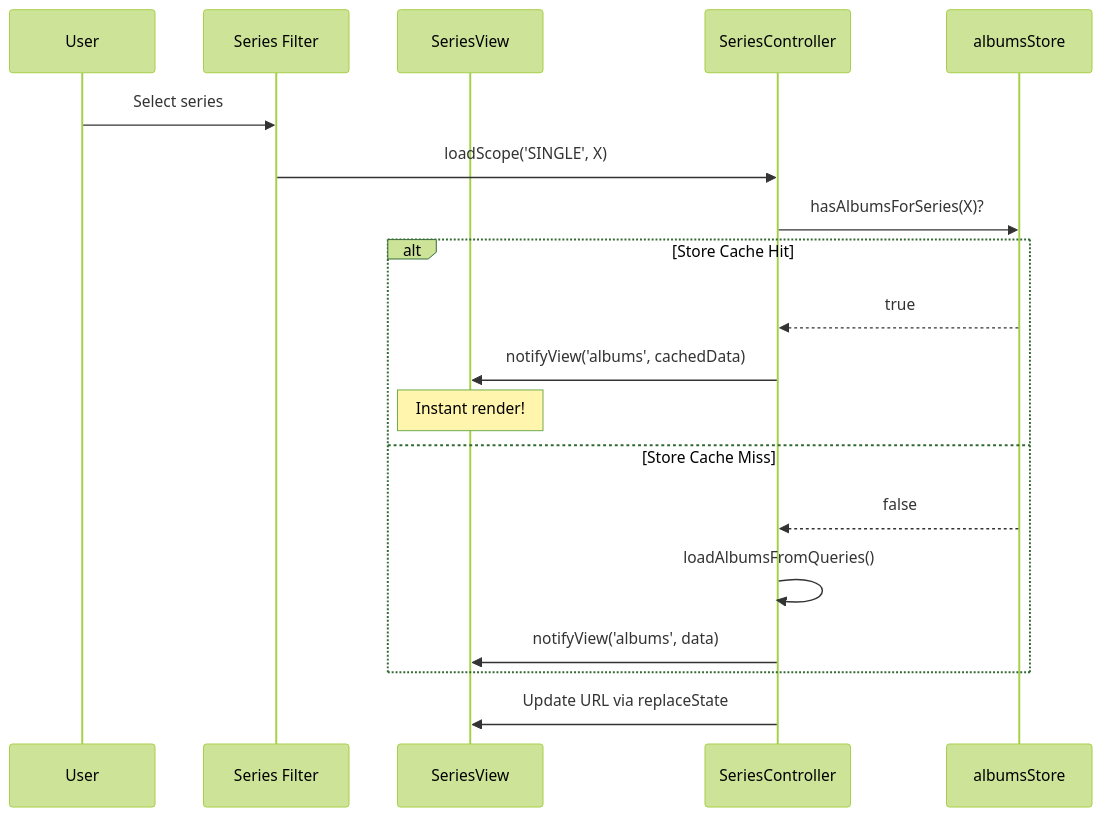
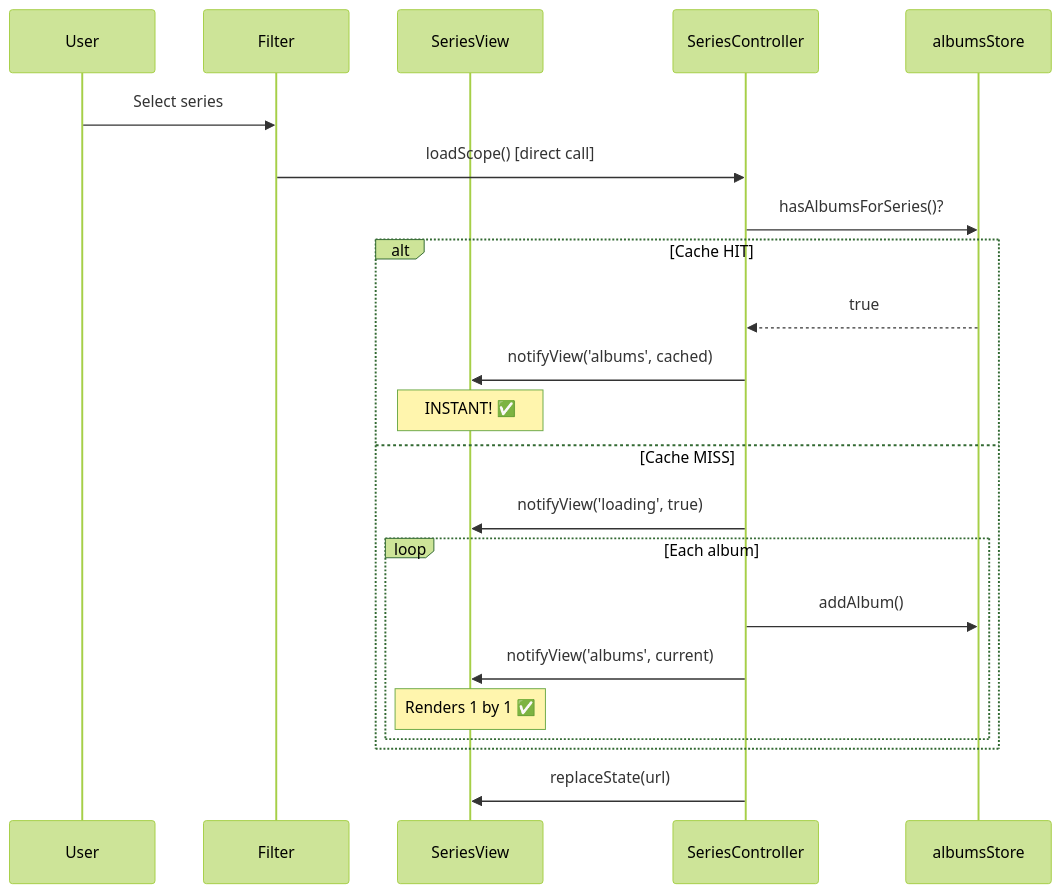
The second of 2 diagrams in docs/technical/specs/arch-6-series-loading-optimization_plan.md (maujrp99/MJRP_AlbumsBalancedPlaylists_v0), drawn with Mermaid (forest theme) before and after one commit. The commit also changed other lines of this file and 4 other files, not shown here.

First line of the commit message:
feat(ARCH-6): SeriesView Loading Optimization

````diff
--- a/docs/technical/specs/arch-6-series-loading-optimization_plan.md
+++ b/docs/technical/specs/arch-6-series-loading-optimization_plan.md
@@ -37,24 +44,27 @@
 ```mermaid
 sequenceDiagram
-    participant User
-    participant Filter as Series Filter
+    participant U as User
+    participant Filter
     participant SV as SeriesView
     participant SC as SeriesController
-    participant Store as albumsStore
+    participant AS as albumsStore
 
-    User->>Filter: Select series
-    Filter->>SC: loadScope('SINGLE', X)
-    SC->>Store: hasAlbumsForSeries(X)?
+    U->>Filter: Select series
+    Filter->>SC: loadScope() [direct call]
+    SC->>AS: hasAlbumsForSeries()?
     
-    alt Store Cache Hit
-        Store-->>SC: true
-        SC->>SV: notifyView('albums', cachedData)
-        Note over SV: Instant render!
-    else Store Cache Miss
-        Store-->>SC: false
-        SC->>SC: loadAlbumsFromQueries()
-        SC->>SV: notifyView('albums', data)
+    alt Cache HIT
+        AS-->>SC: true
+        SC->>SV: notifyView('albums', cached)
+        Note over SV: INSTANT! ✅
+    else Cache MISS
+        SC->>SV: notifyView('loading', true)
+        loop Each album
+            SC->>AS: addAlbum()
+            SC->>SV: notifyView('albums', current)
+            Note over SV: Renders 1 by 1 ✅
+        end
     end
     
-    SC->>SV: Update URL via replaceState
+    SC->>SV: replaceState(url)
 ```
````
